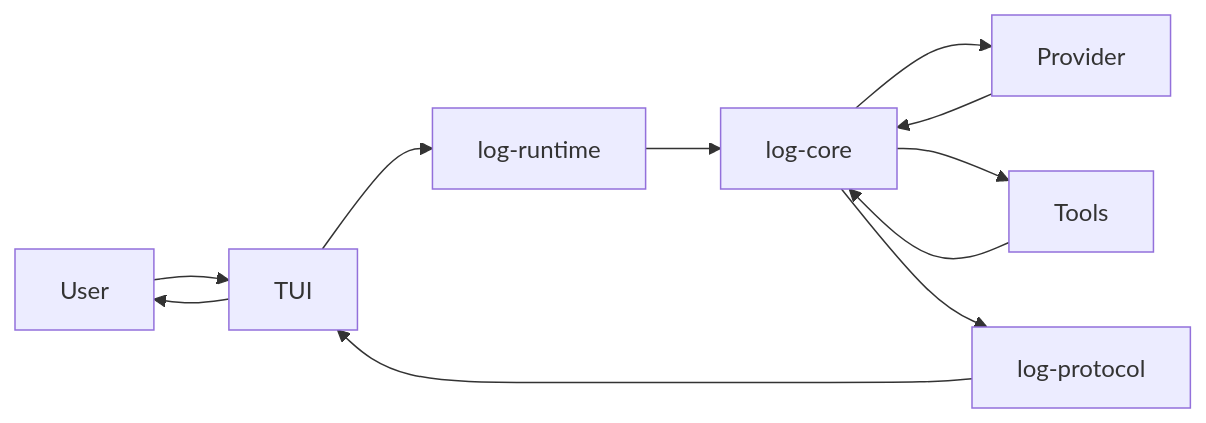
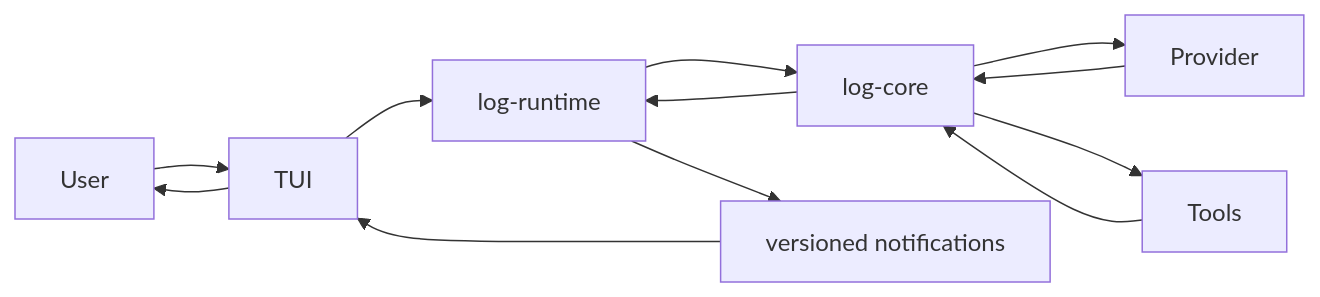
One commit to lseman/logician changed the second of 2 diagrams in docs/architecture/overview.md. Above: the diagram before and after it, drawn with Mermaid. The commit also changed other lines of this file and 37 other files, not shown here.

````diff
--- a/docs/architecture/overview.md
+++ b/docs/architecture/overview.md
@@ -135,8 +132,9 @@
 ```mermaid
 flowchart LR
     User --> TUI --> Runtime["log-runtime"] --> Core["log-core"] --> Provider
     Provider --> Core
     Core --> Tools
     Tools --> Core
-    Core --> Protocol["log-protocol"] --> TUI --> User
+    Core --> Runtime
+    Runtime --> Protocol["versioned notifications"] --> TUI --> User
 ```
````
